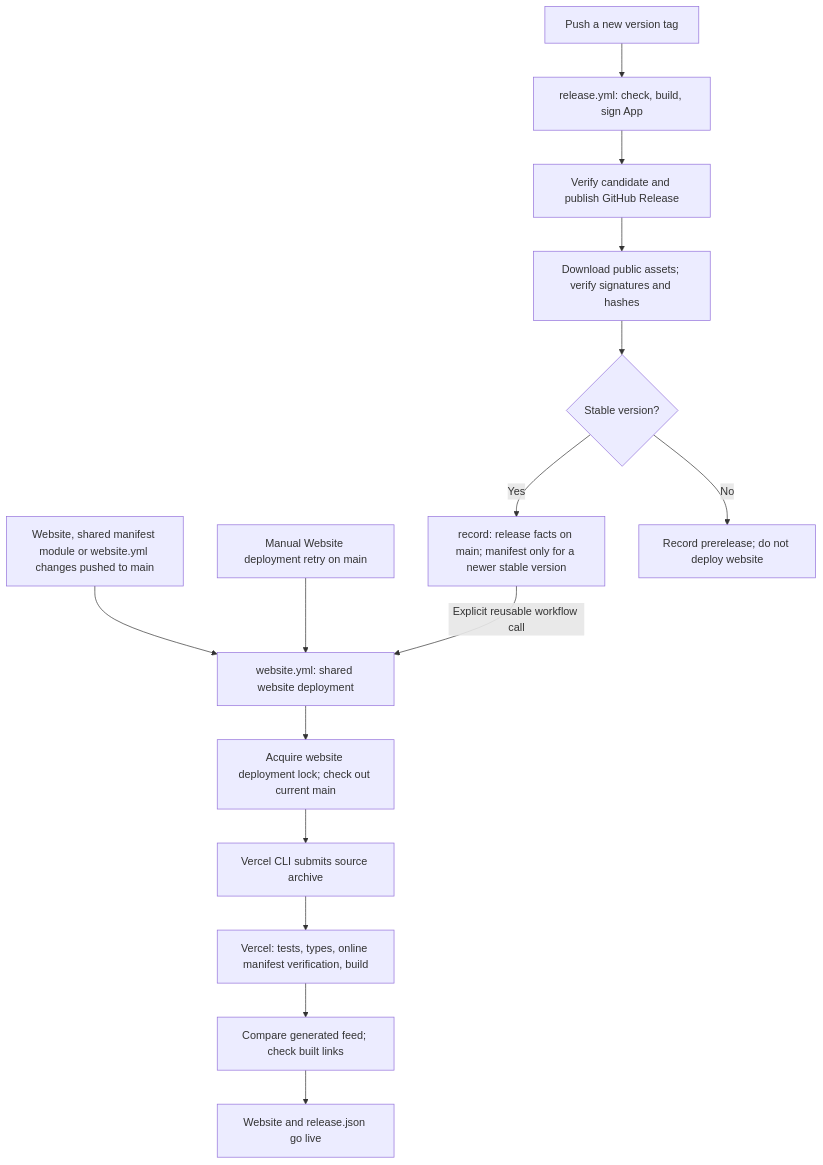
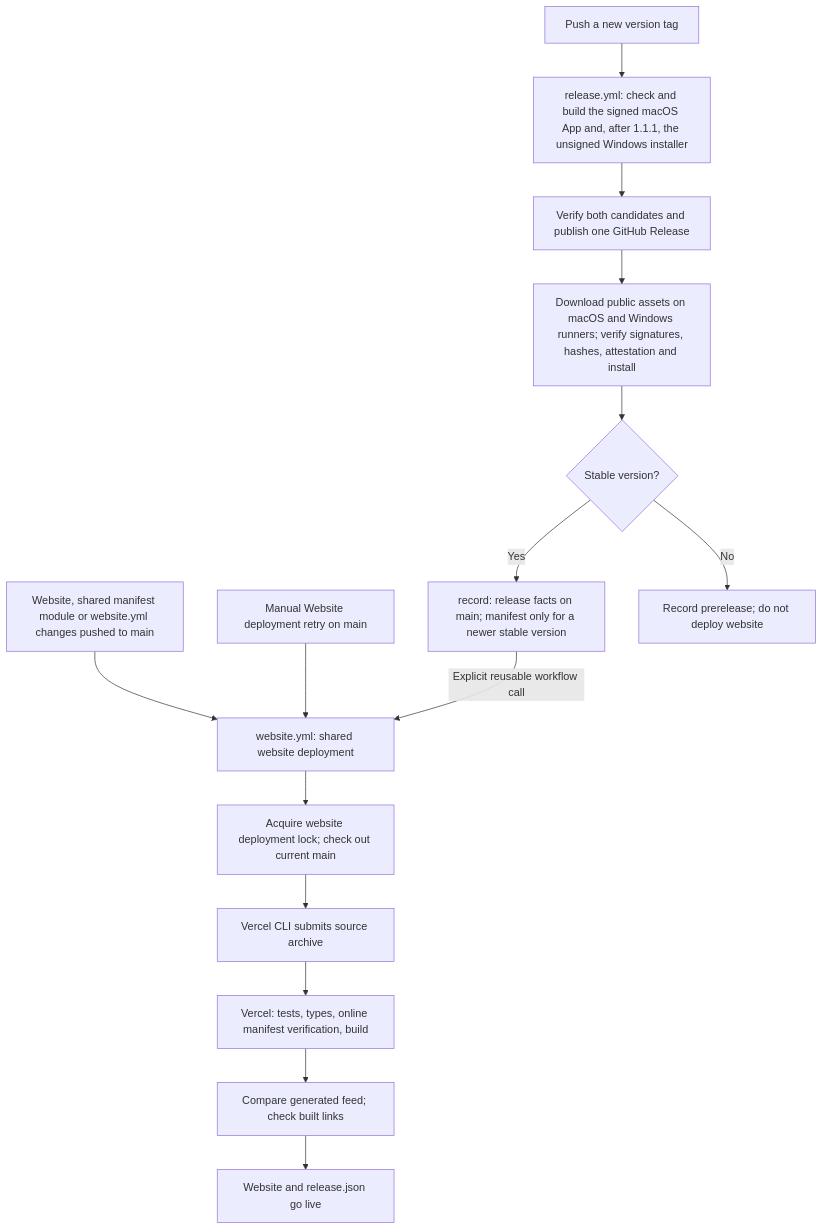
The first of 3 diagrams in docs/system-design/delivery.md (EricTsai83/recordstuff), drawn with Mermaid before and after one commit. The commit also changed other lines of this file and 25 other files, not shown here.

````diff
--- a/docs/system-design/delivery.md
+++ b/docs/system-design/delivery.md
@@ -11,17 +11,17 @@
 ```mermaid
 flowchart TD
     W["Website, shared manifest module or website.yml changes pushed to main"] --> D["website.yml: shared website deployment"]
     M["Manual Website deployment retry on main"] --> D
-    T["Push a new version tag"] --> A["release.yml: check, build, sign App"]
-    A --> P["Verify candidate and publish GitHub Release"]
-    P --> V["Download public assets; verify signatures and hashes"]
+    T["Push a new version tag"] --> A["release.yml: check and build the signed macOS App and, after 1.1.1, the unsigned Windows installer"]
+    A --> P["Verify both candidates and publish one GitHub Release"]
+    P --> V["Download public assets on macOS and Windows runners; verify signatures, hashes, attestation and install"]
     V --> S{"Stable version?"}
     S -->|Yes| R["record: release facts on main; manifest only for a newer stable version"]
     R -->|Explicit reusable workflow call| D
     S -->|No| Q["Record prerelease; do not deploy website"]
     D --> L["Acquire website deployment lock; check out current main"]
     L --> H["Vercel CLI submits source archive"]
     H --> C["Vercel: tests, types, online manifest verification, build"]
     C --> F["Compare generated feed; check built links"]
     F --> O["Website and release.json go live"]
 ```
````
